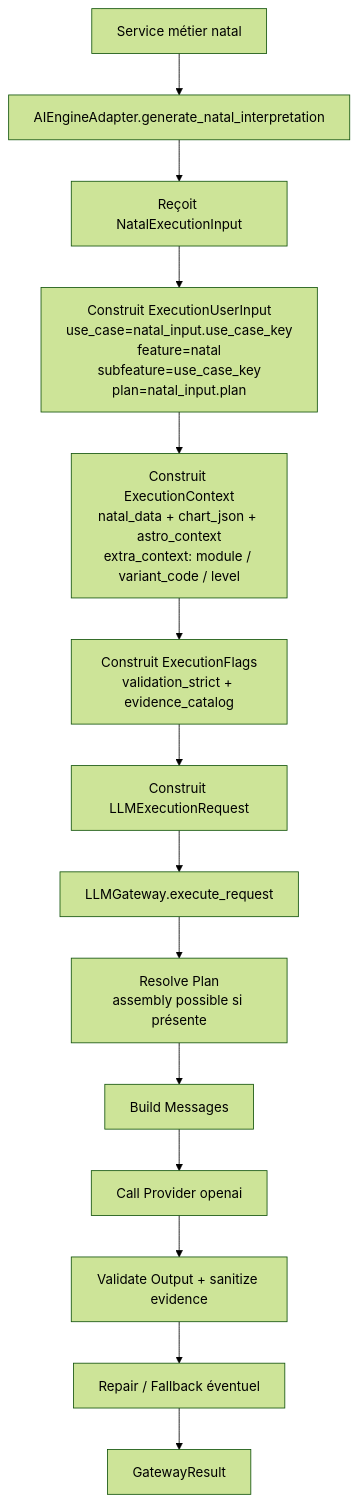
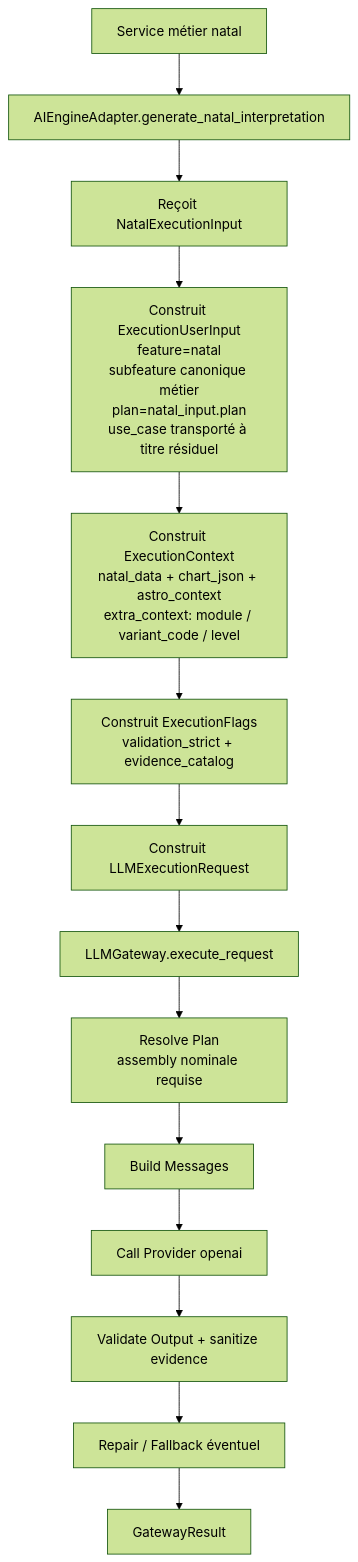
Before and after one commit to daconrilcy/horoscope_front: the fourth of 7 diagrams in docs/llm-prompt-generation-by-feature.md, drawn with Mermaid (forest theme). The commit also changed other lines of this file, not shown here.

Commit message:
docs(llm): align feature prompt guide with story 66-20

````diff
--- a/docs/llm-prompt-generation-by-feature.md
+++ b/docs/llm-prompt-generation-by-feature.md
@@ -177,16 +185,16 @@
 ```mermaid
 flowchart TD
     A["Service métier natal"] --> B["AIEngineAdapter.generate_natal_interpretation"]
     B --> C["Reçoit NatalExecutionInput"]
-    C --> D["Construit ExecutionUserInput<br/>use_case=natal_input.use_case_key<br/>feature=natal<br/>subfeature=use_case_key<br/>plan=natal_input.plan"]
+    C --> D["Construit ExecutionUserInput<br/>feature=natal<br/>subfeature canonique métier<br/>plan=natal_input.plan<br/>use_case transporté à titre résiduel"]
     D --> E["Construit ExecutionContext<br/>natal_data + chart_json + astro_context<br/>extra_context: module / variant_code / level"]
     E --> F["Construit ExecutionFlags<br/>validation_strict + evidence_catalog"]
     F --> G["Construit LLMExecutionRequest"]
     G --> H["LLMGateway.execute_request"]
-    H --> I["Resolve Plan<br/>assembly possible si présente"]
+    H --> I["Resolve Plan<br/>assembly nominale requise"]
     I --> J["Build Messages"]
     J --> K["Call Provider openai"]
     K --> L["Validate Output + sanitize evidence"]
     L --> M["Repair / Fallback éventuel"]
     M --> N["GatewayResult"]
 ```
````
